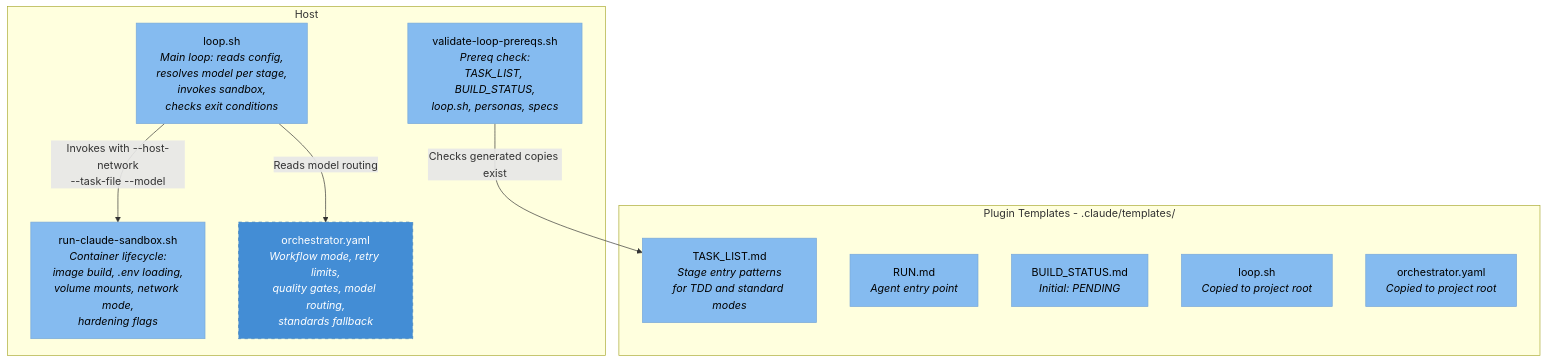
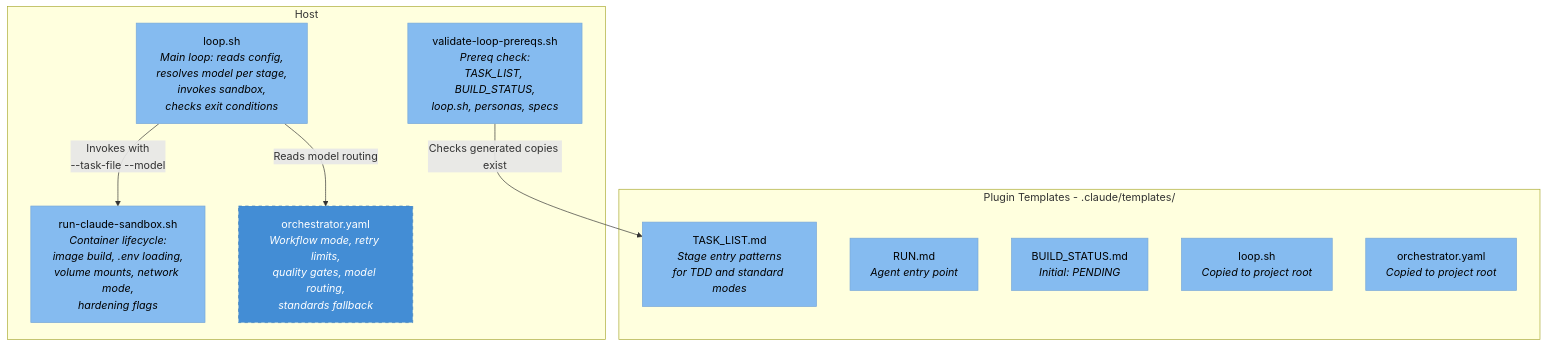
One commit to jewzaam/dev-and-ai-tools changed the first of 3 diagrams in docs/c4/l3-c4-component.md. Above: the diagram before and after it, drawn with Mermaid. The commit also changed other lines of this file and 7 other files, not shown here.

First line of the commit message:
docs: remove stale --host-network references across docs and templates

````diff
--- a/docs/c4/l3-c4-component.md
+++ b/docs/c4/l3-c4-component.md
@@ -7,24 +7,24 @@
 ```mermaid
 flowchart TD
     classDef component fill:#85bbf0,color:#000,stroke:#78a8d8
     classDef store fill:#438dd5,color:#fff,stroke:#3c7ebc,stroke-dasharray: 5 5
 
     subgraph host["Host"]
         loop["loop.sh<br/><i>Main loop: reads config,<br/>resolves model per stage,<br/>invokes sandbox,<br/>checks exit conditions</i>"]:::component
         sandbox["run-claude-sandbox.sh<br/><i>Container lifecycle:<br/>image build, .env loading,<br/>volume mounts, network mode,<br/>hardening flags</i>"]:::component
         validate["validate-loop-prereqs.sh<br/><i>Prereq check:<br/>TASK_LIST, BUILD_STATUS,<br/>loop.sh, personas, specs</i>"]:::component
         config["orchestrator.yaml<br/><i>Workflow mode, retry limits,<br/>quality gates, model routing,<br/>standards fallback</i>"]:::store
     end
 
     subgraph templates["Plugin Templates - .claude/templates/"]
         task_list_tpl["TASK_LIST.md<br/><i>Stage entry patterns<br/>for TDD and standard modes</i>"]:::component
         run_tpl["RUN.md<br/><i>Agent entry point</i>"]:::component
         build_tpl["BUILD_STATUS.md<br/><i>Initial: PENDING</i>"]:::component
         loop_tpl["loop.sh<br/><i>Copied to project root</i>"]:::component
         orch_tpl["orchestrator.yaml<br/><i>Copied to project root</i>"]:::component
     end
 
-    loop -->|"Invokes with --host-network<br/>--task-file --model"| sandbox
+    loop -->|"Invokes with<br/>--task-file --model"| sandbox
     loop -->|"Reads model routing"| config
     validate -->|"Checks generated copies exist"| task_list_tpl
 ```
````
